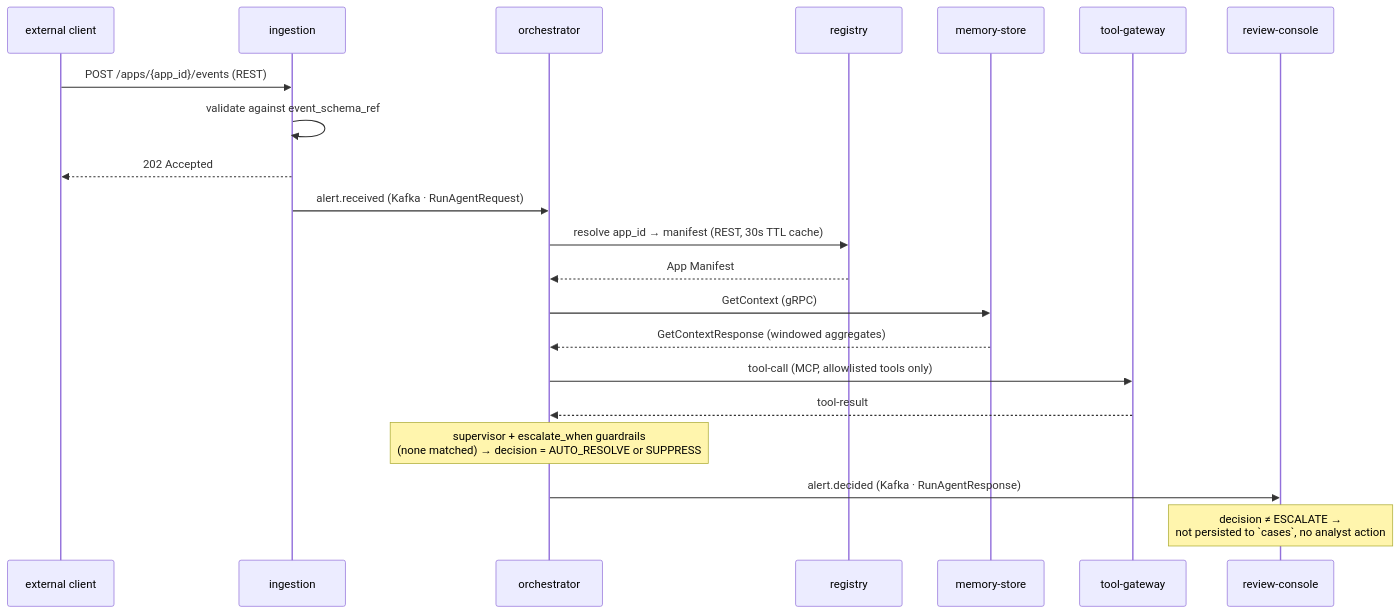
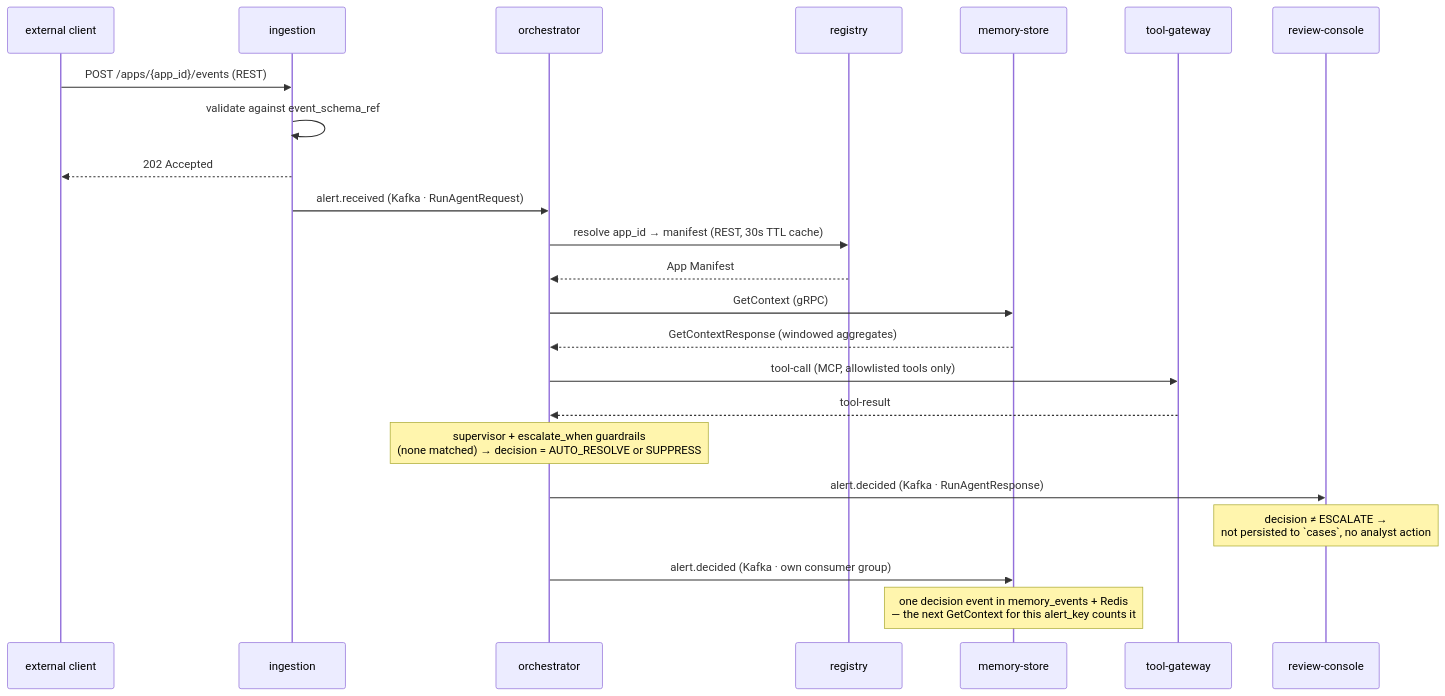
The first of 5 diagrams in docs/sequence_diagram.md (SrikanthArgp/agentic-platform), drawn with Mermaid before and after one commit. The commit also changed other lines of this file and 4 other files, not shown here.

First line of the commit message:
Docs: bring block, sequence and enterprise docs up to Day 6

````diff
--- a/docs/sequence_diagram.md
+++ b/docs/sequence_diagram.md
@@ -33,29 +33,31 @@
 ```mermaid
 sequenceDiagram
     participant Client as external client
     participant Ingestion as ingestion
     participant Orchestrator as orchestrator
     participant Registry as registry
     participant MemoryStore as memory-store
     participant ToolGateway as tool-gateway
     participant ReviewConsole as review-console
 
     Client->>Ingestion: POST /apps/{app_id}/events (REST)
     Ingestion->>Ingestion: validate against event_schema_ref
     Ingestion-->>Client: 202 Accepted
     Ingestion->>Orchestrator: alert.received (Kafka · RunAgentRequest)
 
     Orchestrator->>Registry: resolve app_id → manifest (REST, 30s TTL cache)
     Registry-->>Orchestrator: App Manifest
 
     Orchestrator->>MemoryStore: GetContext (gRPC)
     MemoryStore-->>Orchestrator: GetContextResponse (windowed aggregates)
 
     Orchestrator->>ToolGateway: tool-call (MCP, allowlisted tools only)
     ToolGateway-->>Orchestrator: tool-result
 
     Note over Orchestrator: supervisor + escalate_when guardrails<br/>(none matched) → decision = AUTO_RESOLVE or SUPPRESS
 
     Orchestrator->>ReviewConsole: alert.decided (Kafka · RunAgentResponse)
     Note over ReviewConsole: decision ≠ ESCALATE →<br/>not persisted to `cases`, no analyst action
+    Orchestrator->>MemoryStore: alert.decided (Kafka · own consumer group)
+    Note over MemoryStore: one decision event in memory_events + Redis<br/>— the next GetContext for this alert_key counts it
 ```
````
